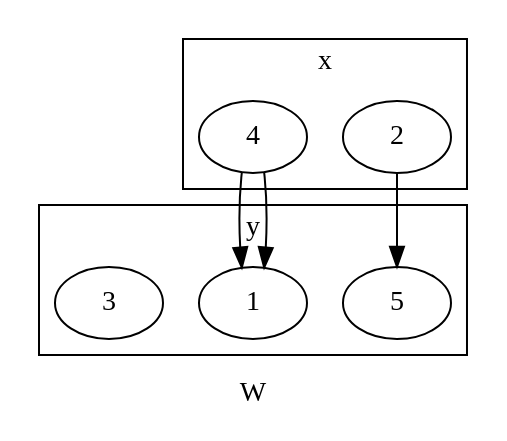
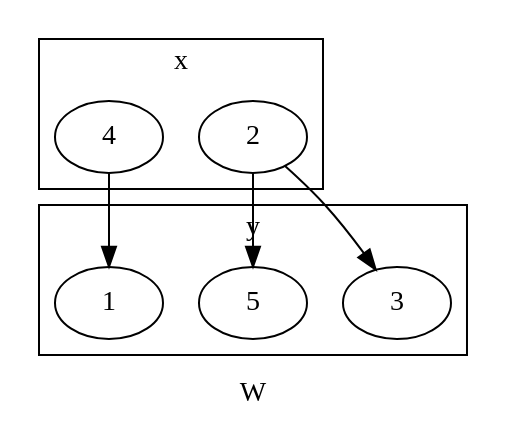
The fourth of 4 diagrams in CSDS 302 - Discrete Math/HW/1.md (tnichols217/notes), drawn with Graphviz before and after one commit.

Commit message:
vault backup: 2024-01-26 18:19:57

````diff
--- a/CSDS 302 - Discrete Math/HW/1.md
+++ b/CSDS 302 - Discrete Math/HW/1.md
@@ -206,21 +206,21 @@
 ```dot
 digraph {
 	label=W
 	subgraph {
 		label=x
 		cluster=true
 		a [label=2]
 		b [label=4]
 	}
 	subgraph {
 		label=y
 		cluster=true
+		C [label=5]
 		A [label=1]
-		C [label=5]
 		B [label=3]
 	}
 	a->C
 	b->A
-	b->A
+	a->B
 }
 ```
````
